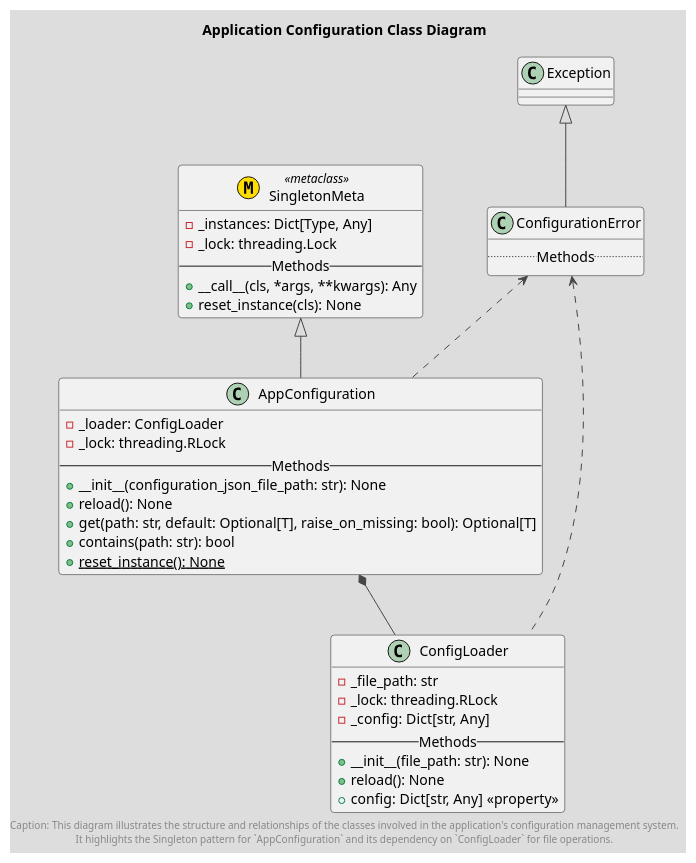
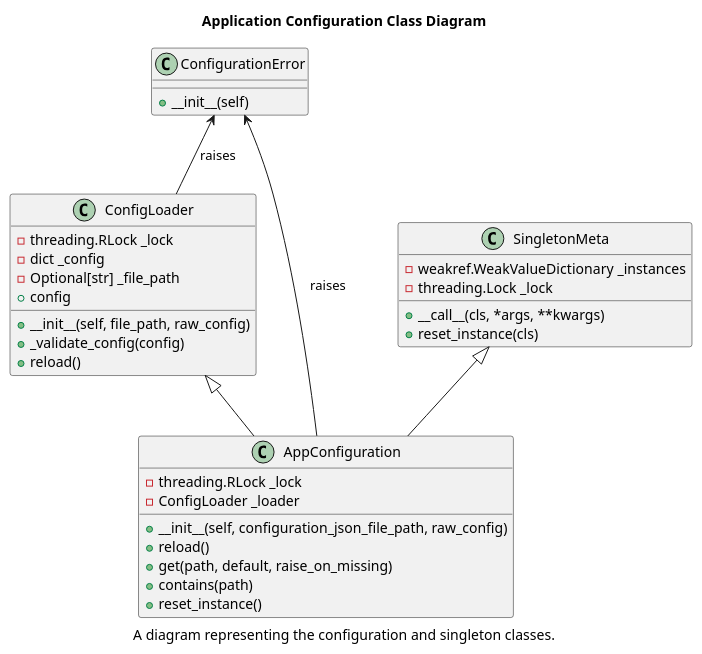
The diagram in aws/cinema/docs/app_configuration.puml (ongzhixian/PersonalFinanceTracker), drawn with PlantUML before and after one commit. The commit also changed other lines of this file and 4 other files, not shown here.

Commit message:
update app_configuration

```diff
--- a/aws/cinema/docs/app_configuration.puml
+++ b/aws/cinema/docs/app_configuration.puml
@@ -3,51 +3,41 @@
 @startuml
-!theme toy
+title Application Configuration Class Diagram
+caption A diagram representing the configuration and singleton classes.
 
-title Application Configuration Class Diagram
-
-class ConfigurationError extends Exception {
-    .. Methods ..
+class ConfigurationError {
+    + __init__(self)
 }
 
-class SingletonMeta << (M, #FFDD00) metaclass >> {
-    - _instances: Dict[Type, Any]
-    - _lock: threading.Lock
-    -- Methods --
-    + __call__(cls, *args, **kwargs): Any
-    + reset_instance(cls): None
+class SingletonMeta {
+    - weakref.WeakValueDictionary _instances
+    - threading.Lock _lock
+    + __call__(cls, *args, **kwargs)
+    + reset_instance(cls)
 }
 
 class ConfigLoader {
-    - _file_path: str
-    - _lock: threading.RLock
-    - _config: Dict[str, Any]
-    -- Methods --
-    + __init__(file_path: str): None
-    + reload(): None
-    + config: Dict[str, Any] <<property>>
+    - threading.RLock _lock
+    - dict _config
+    - Optional[str] _file_path
+    + __init__(self, file_path, raw_config)
+    + _validate_config(config)
+    + reload()
+    + config
 }
 
 class AppConfiguration {
-    - _loader: ConfigLoader
-    - _lock: threading.RLock
-    -- Methods --
-    + __init__(configuration_json_file_path: str): None
-    + reload(): None
-    + get(path: str, default: Optional[T], raise_on_missing: bool): Optional[T]
-    + contains(path: str): bool
-    + {static} reset_instance(): None
+    - threading.RLock _lock
+    - ConfigLoader _loader
+    + __init__(self, configuration_json_file_path, raw_config)
+    + reload()
+    + get(path, default, raise_on_missing)
+    + contains(path)
+    + reset_instance()
 }
 
 SingletonMeta <|-- AppConfiguration
-
-AppConfiguration *-- ConfigLoader
-
-ConfigurationError <.. ConfigLoader
-ConfigurationError <.. AppConfiguration
-
-footer
-Caption: This diagram illustrates the structure and relationships of the classes involved in the application's configuration management system.
-It highlights the Singleton pattern for `AppConfiguration` and its dependency on `ConfigLoader` for file operations.
-end footer
+ConfigLoader <|-- AppConfiguration
+ConfigurationError <-- ConfigLoader : raises
+ConfigurationError <-- AppConfiguration : raises
 
 @enduml
```
